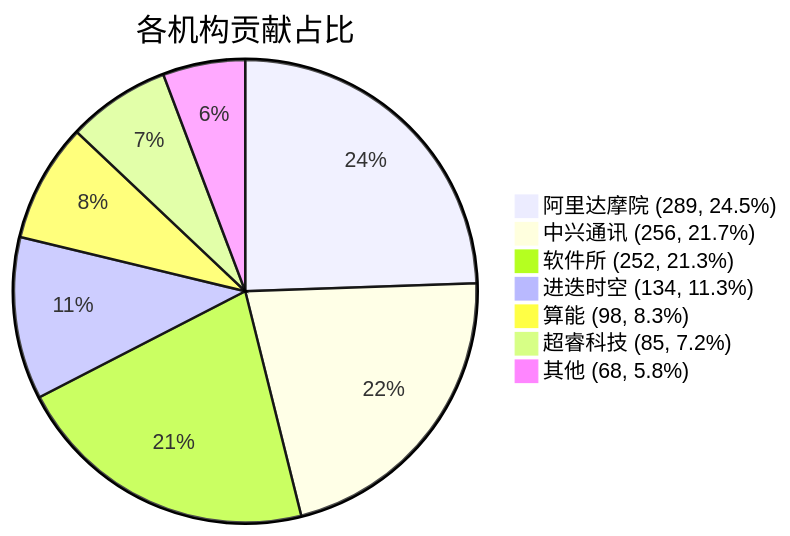
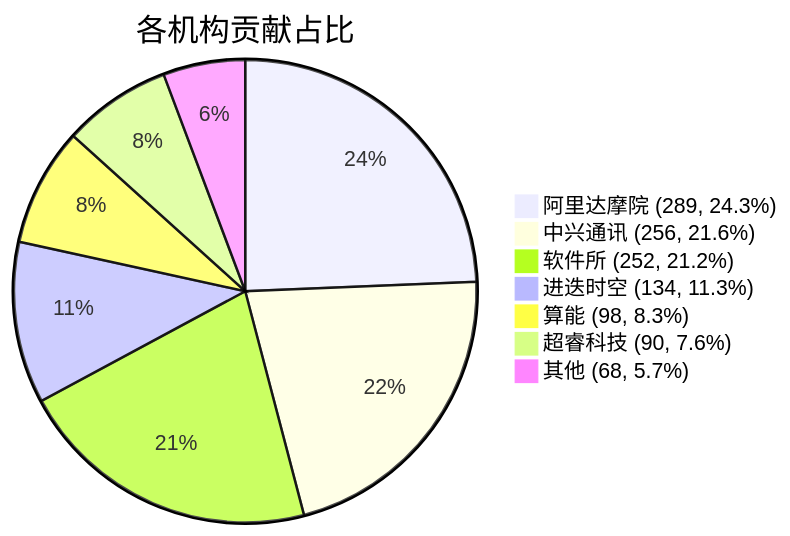
One commit to RVCK-Project/rvck changed the diagram in docs/index.md. Above: the diagram before and after it, drawn with Mermaid. The commit also changed other lines of this file and 20 other files, not shown here.

````diff
--- a/docs/index.md
+++ b/docs/index.md
@@ -39,10 +39,10 @@
 ```mermaid
 pie title 各机构贡献占比
-    "阿里达摩院 (289, 24.5%)" : 289
-    "中兴通讯 (256, 21.7%)" : 256
-    "软件所 (252, 21.3%)" : 252
+    "阿里达摩院 (289, 24.3%)" : 289
+    "中兴通讯 (256, 21.6%)" : 256
+    "软件所 (252, 21.2%)" : 252
     "进迭时空 (134, 11.3%)" : 134
     "算能 (98, 8.3%)" : 98
-    "超睿科技 (85, 7.2%)" : 85
-    "其他 (68, 5.8%)" : 68
+    "超睿科技 (90, 7.6%)" : 90
+    "其他 (68, 5.7%)" : 68
 ```
````
